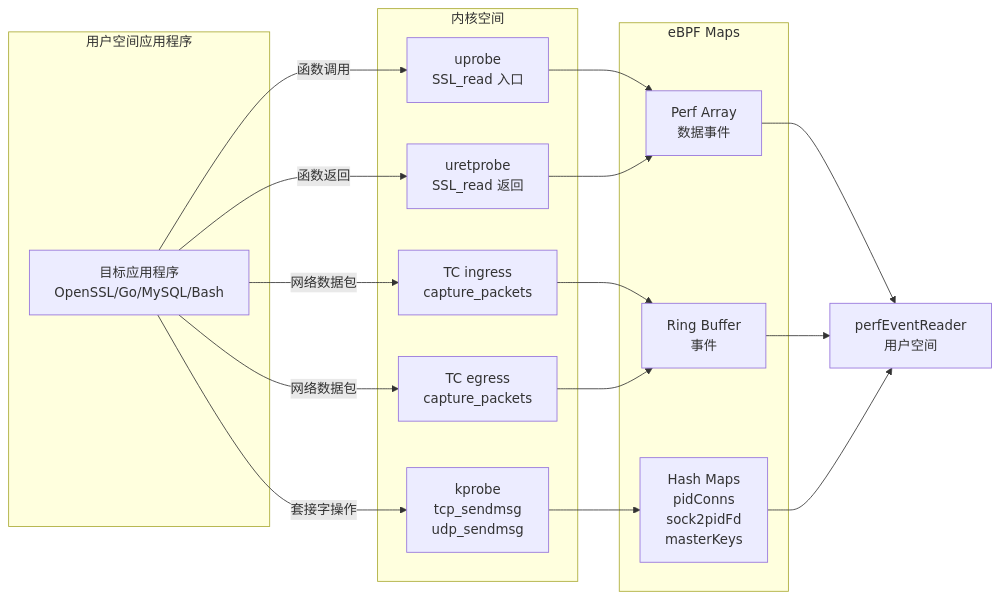
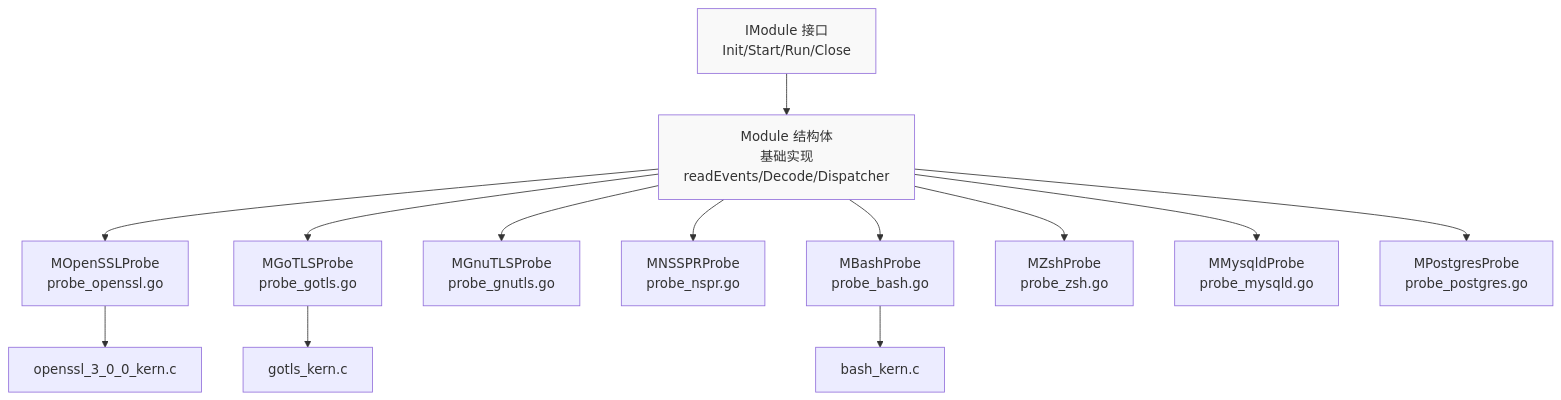
One commit to gojue/ecapture.cc changed the second of 5 diagrams in src/zh/1-overview/index.md. Above: the diagram before and after it, drawn with Mermaid. The commit also changed other lines of this file and 115 other files, not shown here.

````diff
--- a/src/zh/1-overview/index.md
+++ b/src/zh/1-overview/index.md
@@ -153,36 +178,31 @@
 ```mermaid
-graph LR
-    subgraph UserSpace["用户空间应用程序"]
-        app["目标应用程序<br/>OpenSSL/Go/MySQL/Bash"]
-    end
+graph TB
+    IModule["IModule 接口<br/>Init/Start/Run/Close"]
+    Module["Module 结构体<br/>基础实现<br/>readEvents/Decode/Dispatcher"]
     
-    subgraph Kernel["内核空间"]
-        uprobe_entry["uprobe<br/>SSL_read 入口"]
-        uprobe_ret["uretprobe<br/>SSL_read 返回"]
-        tc_ingress["TC ingress<br/>capture_packets"]
-        tc_egress["TC egress<br/>capture_packets"]
-        kprobe_hook["kprobe<br/>tcp_sendmsg<br/>udp_sendmsg"]
-    end
+    OpenSSL["MOpenSSLProbe<br/>probe_openssl.go"]
+    GoTLS["MGoTLSProbe<br/>probe_gotls.go"]
+    GnuTLS["MGnuTLSProbe<br/>probe_gnutls.go"]
+    NSS["MNSSPRProbe<br/>probe_nspr.go"]
+    Bash["MBashProbe<br/>probe_bash.go"]
+    Zsh["MZshProbe<br/>probe_zsh.go"]
+    Mysqld["MMysqldProbe<br/>probe_mysqld.go"]
+    Postgres["MPostgresProbe<br/>probe_postgres.go"]
     
-    subgraph Maps["eBPF Maps"]
-        perf["Perf Array<br/>数据事件"]
-        ring["Ring Buffer<br/>事件"]
-        hash["Hash Maps<br/>pidConns<br/>sock2pidFd<br/>masterKeys"]
-    end
+    IModule --> Module
+    Module --> OpenSSL
+    Module --> GoTLS
+    Module --> GnuTLS
+    Module --> NSS
+    Module --> Bash
+    Module --> Zsh
+    Module --> Mysqld
+    Module --> Postgres
     
-    app -->|"函数调用"| uprobe_entry
-    app -->|"函数返回"| uprobe_ret
-    app -->|"网络数据包"| tc_ingress
-    app -->|"网络数据包"| tc_egress
-    app -->|"套接字操作"| kprobe_hook
+    OpenSSL --> ByteOpenSSL["openssl_3_0_0_kern.c"]
+    GoTLS --> ByteGoTLS["gotls_kern.c"]
+    Bash --> ByteBash["bash_kern.c"]
     
-    uprobe_entry --> perf
-    uprobe_ret --> perf
-    tc_ingress --> ring
-    tc_egress --> ring
-    kprobe_hook --> hash
-    
-    perf --> reader["perfEventReader<br/>用户空间"]
-    ring --> reader
-    hash --> reader
+    style IModule fill:#f9f9f9
+    style Module fill:#f9f9f9
 ```
````
